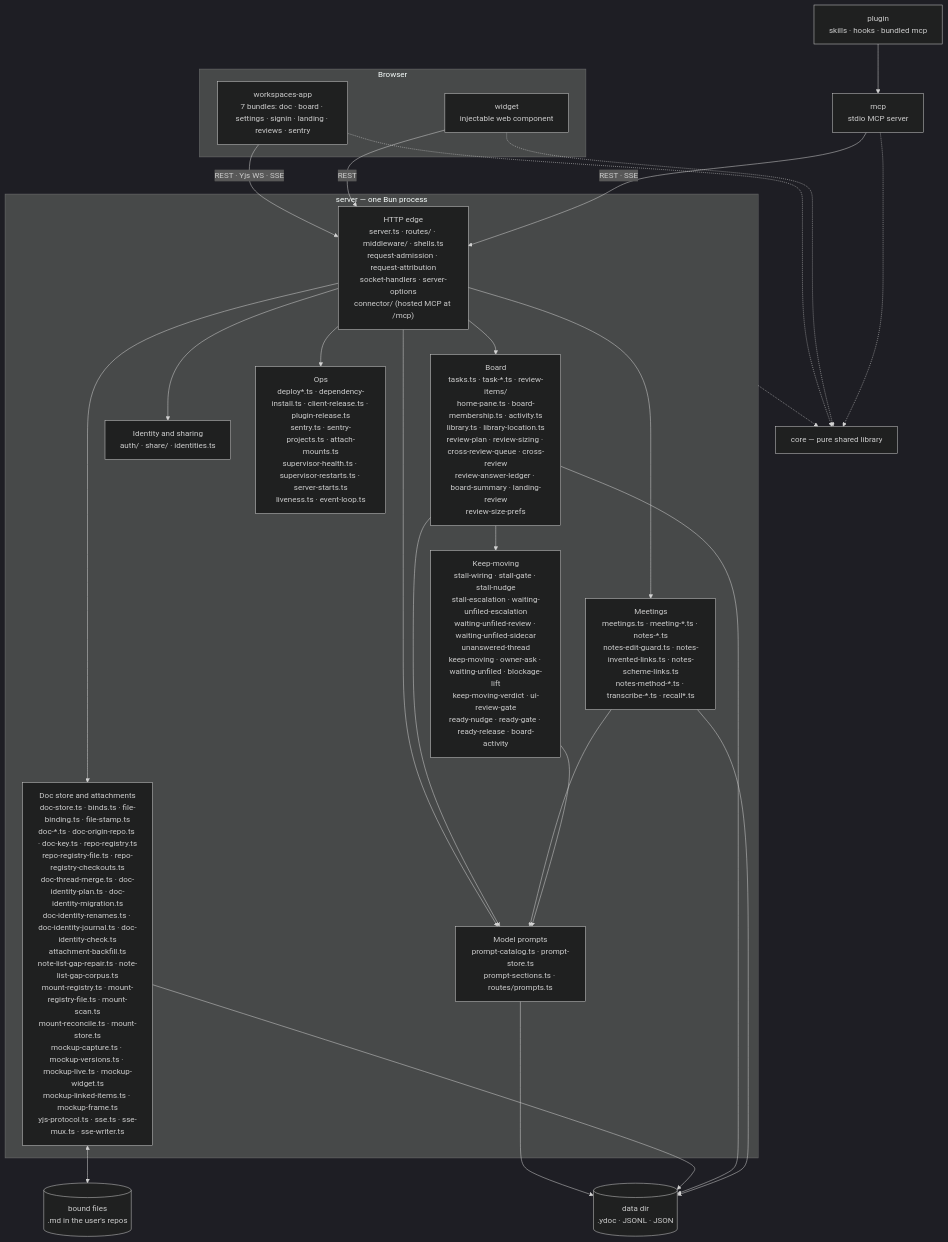
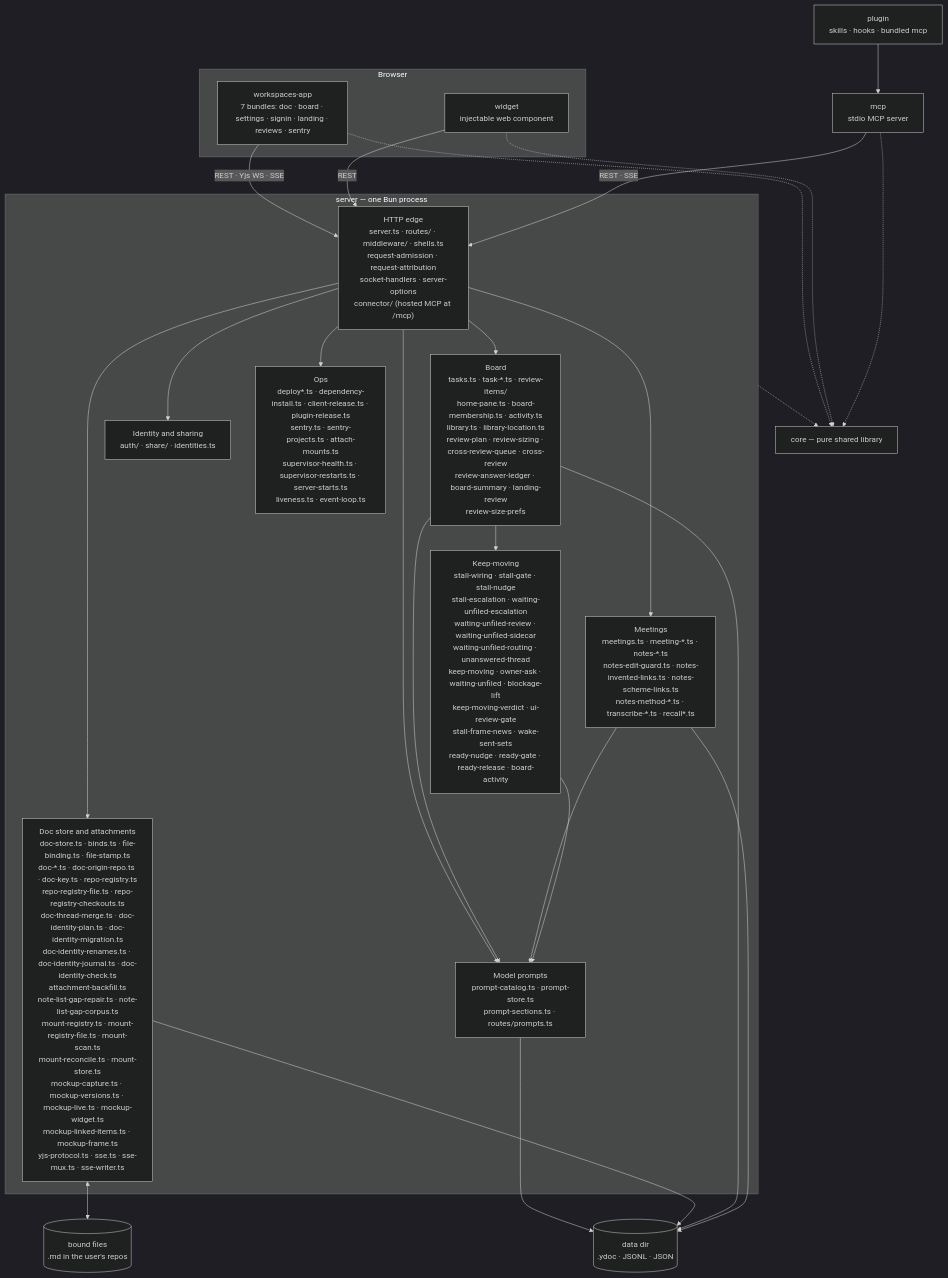
The first of 2 diagrams in docs/architecture/overview.md (fryanpan/claude-workspaces-plugin), drawn with Mermaid (dark theme) before and after one commit. The commit also changed other lines of this file and 2 other files, not shown here.

Commit message:
Write down which wakes were retired, and what still survives them
`stall-detection.md` gains the two new rules beside the repeat window they
narrow, each naming what it does NOT hold back, and the held-item paragraph
now says a hold is told in the tool result OR on the channel, never both.
`stall-check/README.md`'s addressee table splits the two unfiled buckets,
because they no longer reach the same reader. The overview draws the three new
top-level modules in the keep-moving box.

Two consequences a tuner needs before touching the numbers, so both are
written down rather than left to be rediscovered: the first wake about an
ordinary in-progress row now arrives at an hour rather than at thirty minutes,
which is also the builder-silent window — so at frame level those two clocks
have converged and the BUCKET on the frame is what tells them apart — and a
due check-in is exempt from the deferral, because its whole window lives
inside the moved-within one and deferring it would delete it.

Claude-Session: https://claude.ai/code/session_01JZ6mTwM9DkwUHeK6bMHcaZ

````diff
--- a/docs/architecture/overview.md
+++ b/docs/architecture/overview.md
@@ -45,35 +45,35 @@
 ```mermaid
 flowchart TB
   subgraph browser[Browser]
     app["workspaces-app<br/>7 bundles: doc · board · settings · signin · landing · reviews · sentry"]
     wid["widget<br/>injectable web component"]
   end
   plug["plugin<br/>skills · hooks · bundled mcp"]
   mcp["mcp<br/>stdio MCP server"]
   subgraph srv["server — one Bun process"]
     edge["HTTP edge<br/>server.ts · routes/ · middleware/ · shells.ts<br/>request-admission · request-attribution<br/>socket-handlers · server-options<br/>connector/ (hosted MCP at /mcp)"]
     docs["Doc store and attachments<br/>doc-store.ts · binds.ts · file-binding.ts · file-stamp.ts<br/>doc-*.ts · doc-origin-repo.ts · doc-key.ts · repo-registry.ts<br/>repo-registry-file.ts · repo-registry-checkouts.ts<br/>doc-thread-merge.ts · doc-identity-plan.ts · doc-identity-migration.ts<br/>doc-identity-renames.ts · doc-identity-journal.ts · doc-identity-check.ts<br/>attachment-backfill.ts<br/>note-list-gap-repair.ts · note-list-gap-corpus.ts<br/>mount-registry.ts · mount-registry-file.ts · mount-scan.ts<br/>mount-reconcile.ts · mount-store.ts<br/>mockup-capture.ts · mockup-versions.ts · mockup-live.ts · mockup-widget.ts<br/>mockup-linked-items.ts · mockup-frame.ts<br/>yjs-protocol.ts · sse.ts · sse-mux.ts · sse-writer.ts"]
     board["Board<br/>tasks.ts · task-*.ts · review-items/<br/>home-pane.ts · board-membership.ts · activity.ts<br/>library.ts · library-location.ts<br/>review-plan · review-sizing · cross-review-queue · cross-review<br/>review-answer-ledger · board-summary · landing-review<br/>review-size-prefs"]
     meet["Meetings<br/>meetings.ts · meeting-*.ts · notes-*.ts<br/>notes-edit-guard.ts · notes-invented-links.ts · notes-scheme-links.ts<br/>notes-method-*.ts · transcribe-*.ts · recall*.ts"]
-    keep["Keep-moving<br/>stall-wiring · stall-gate · stall-nudge<br/>stall-escalation · waiting-unfiled-escalation<br/>waiting-unfiled-review · waiting-unfiled-sidecar<br/>unanswered-thread<br/>keep-moving · owner-ask · waiting-unfiled · blockage-lift<br/>keep-moving-verdict · ui-review-gate<br/>ready-nudge · ready-gate · ready-release · board-activity"]
+    keep["Keep-moving<br/>stall-wiring · stall-gate · stall-nudge<br/>stall-escalation · waiting-unfiled-escalation<br/>waiting-unfiled-review · waiting-unfiled-sidecar<br/>waiting-unfiled-routing · unanswered-thread<br/>keep-moving · owner-ask · waiting-unfiled · blockage-lift<br/>keep-moving-verdict · ui-review-gate<br/>stall-frame-news · wake-sent-sets<br/>ready-nudge · ready-gate · ready-release · board-activity"]
     ident["Identity and sharing<br/>auth/ · share/ · identities.ts"]
     prompts["Model prompts<br/>prompt-catalog.ts · prompt-store.ts<br/>prompt-sections.ts · routes/prompts.ts"]
     ops["Ops<br/>deploy*.ts · dependency-install.ts · client-release.ts · plugin-release.ts<br/>sentry.ts · sentry-projects.ts · attach-mounts.ts<br/>supervisor-health.ts · supervisor-restarts.ts · server-starts.ts<br/>liveness.ts · event-loop.ts"]
   end
   core["core — pure shared library"]
   disk[("data dir<br/>.ydoc · JSONL · JSON")]
   files[("bound files<br/>.md in the user's repos")]
 
   app -->|"REST · Yjs WS · SSE"| edge
   wid -->|REST| edge
   plug --> mcp
   mcp -->|"REST · SSE"| edge
   edge --> docs & board & meet & ident & ops & prompts
   board & meet & keep --> prompts
   prompts --> disk
   board --> keep
   docs <--> files
   docs & board & meet --> disk
   app & wid & mcp -.-> core
   srv -.-> core
 ```
````
